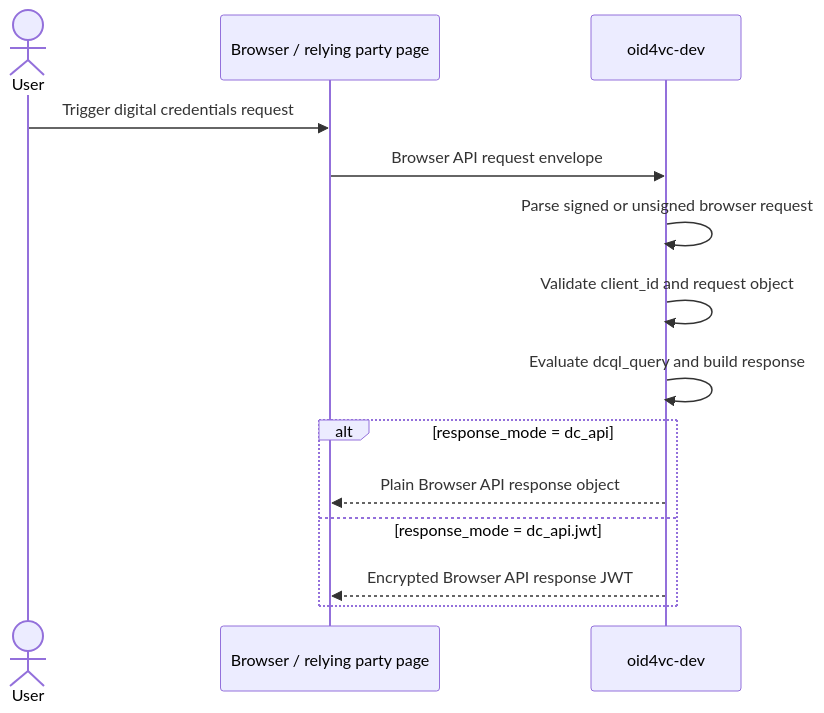
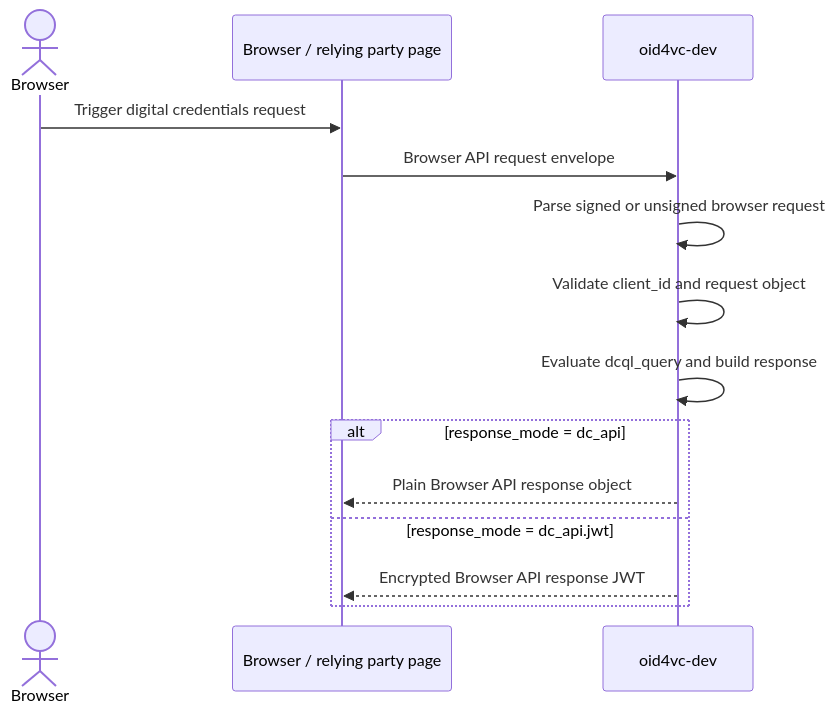
The fourth of 4 diagrams in docs/diagrams/oid4vp.md (dominikschlosser/ssi-debugger), drawn with Mermaid before and after one commit. The commit also changed other lines of this file and 10 other files, not shown here.

````diff
--- a/docs/diagrams/oid4vp.md
+++ b/docs/diagrams/oid4vp.md
@@ -121,17 +123,17 @@
 ```mermaid
 sequenceDiagram
-    actor User
+    actor Browser
     participant RP as Browser / relying party page
     participant Wallet as oid4vc-dev
 
-    User->>RP: Trigger digital credentials request
+    Browser->>RP: Trigger digital credentials request
     RP->>Wallet: Browser API request envelope
     Wallet->>Wallet: Parse signed or unsigned browser request
     Wallet->>Wallet: Validate client_id and request object
     Wallet->>Wallet: Evaluate dcql_query and build response
     alt response_mode = dc_api
         Wallet-->>RP: Plain Browser API response object
     else response_mode = dc_api.jwt
         Wallet-->>RP: Encrypted Browser API response JWT
     end
 ```
````
